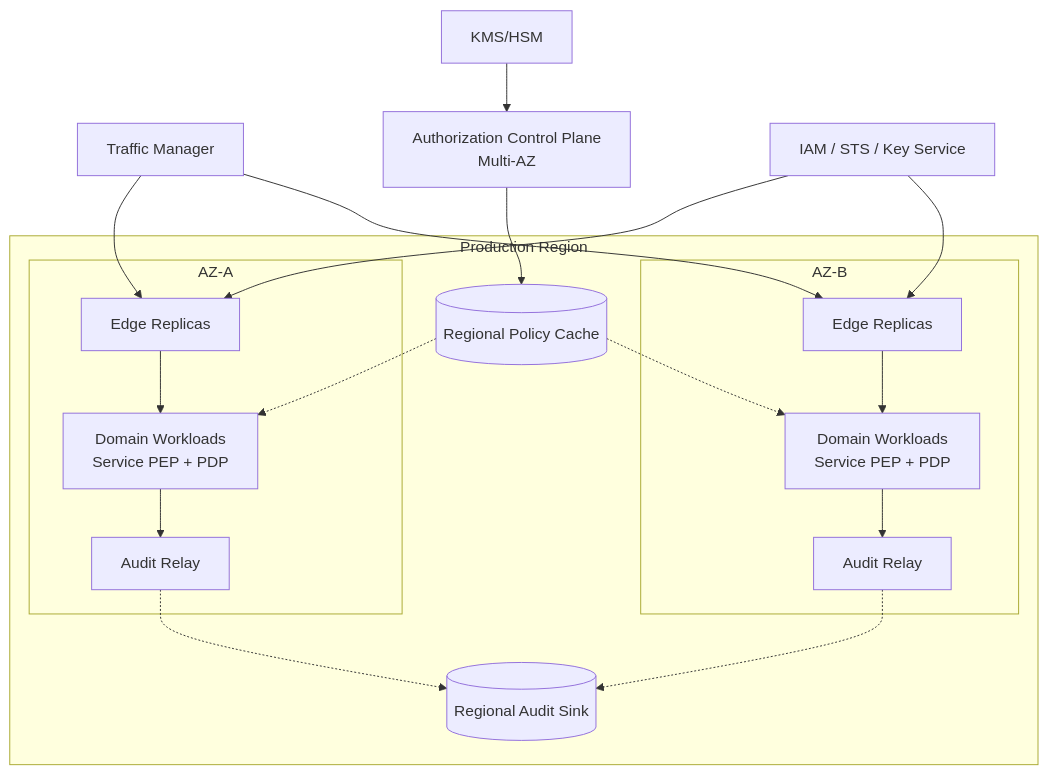
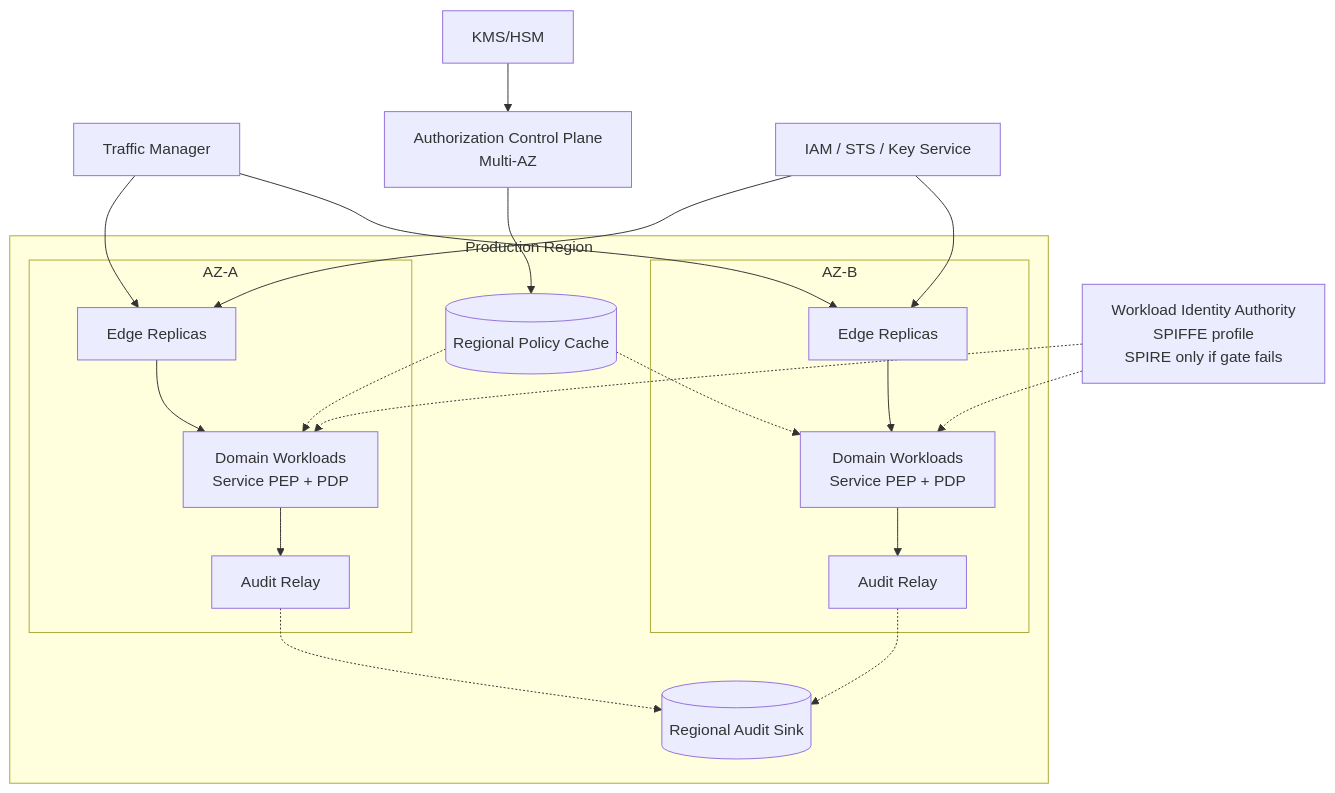
Before and after one commit to huynv-xyz/vhm: the ninth of 10 diagrams in zero-trust.md, drawn with Mermaid. The commit also changed other lines of this file, not shown here.

````diff
--- a/zero-trust.md
+++ b/zero-trust.md
@@ -828,31 +931,33 @@
 ```mermaid
 flowchart TB
     T[Traffic Manager] --> E1
     T --> E2
 
     subgraph R[Production Region]
       subgraph A[AZ-A]
         E1[Edge Replicas]
         W1[Domain Workloads<br/>Service PEP + PDP]
         C1[Audit Relay]
         E1 --> W1 --> C1
       end
       subgraph B[AZ-B]
         E2[Edge Replicas]
         W2[Domain Workloads<br/>Service PEP + PDP]
         C2[Audit Relay]
         E2 --> W2 --> C2
       end
       PR[(Regional Policy Cache)]
       AS[(Regional Audit Sink)]
       PR -.-> W1
       PR -.-> W2
       C1 -.-> AS
       C2 -.-> AS
     end
 
     CP[Authorization Control Plane<br/>Multi-AZ] --> PR
+    WI[Workload Identity Authority<br/>SPIFFE profile<br/>SPIRE only if gate fails] -.-> W1
+    WI -.-> W2
     K[KMS/HSM] --> CP
     I[IAM / STS / Key Service] --> E1
     I --> E2
 ```
````
